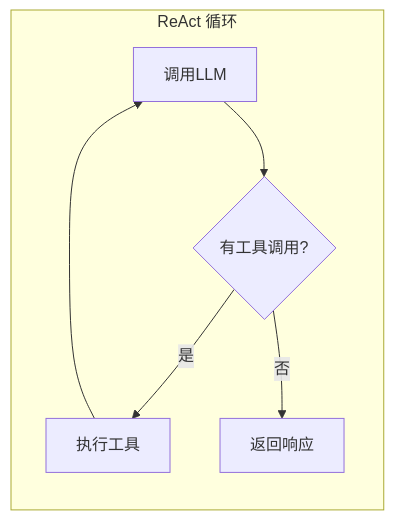
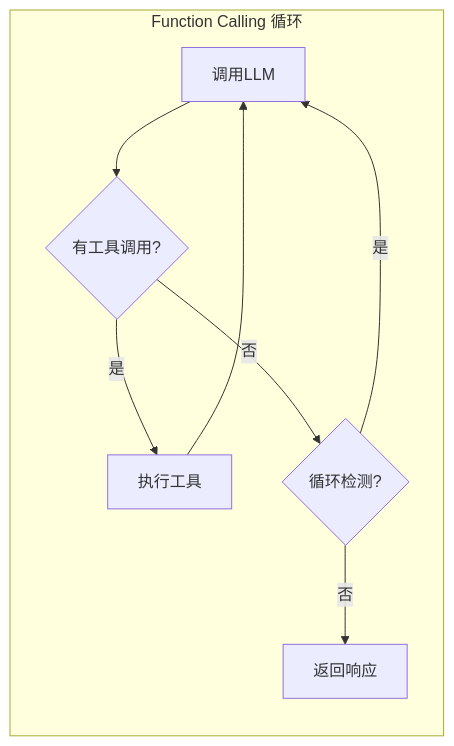
Before and after one commit to jesspig/micro-agent: the fourth of 4 diagrams in docs/core/agent.md, drawn with Mermaid. The commit also changed other lines of this file and 15 other files, not shown here.

````diff
--- a/docs/core/agent.md
+++ b/docs/core/agent.md
@@ -47,10 +51,12 @@
 ```mermaid
 flowchart TB
-    subgraph ReAct[ReAct 循环]
+    subgraph FC[Function Calling 循环]
         direction TB
-        RL1[调用LLM] --> RL2{有工具调用?}
-        RL2 -->|是| Execute[执行工具]
-        RL2 -->|否| Return[返回响应]
-        Execute --> RL1
+        FC1[调用LLM] --> FC2{有工具调用?}
+        FC2 -->|是| Execute[执行工具]
+        FC2 -->|否| Check{循环检测?}
+        Check -->|是| FC1
+        Check -->|否| Return[返回响应]
+        Execute --> FC1
     end
 ```
````
